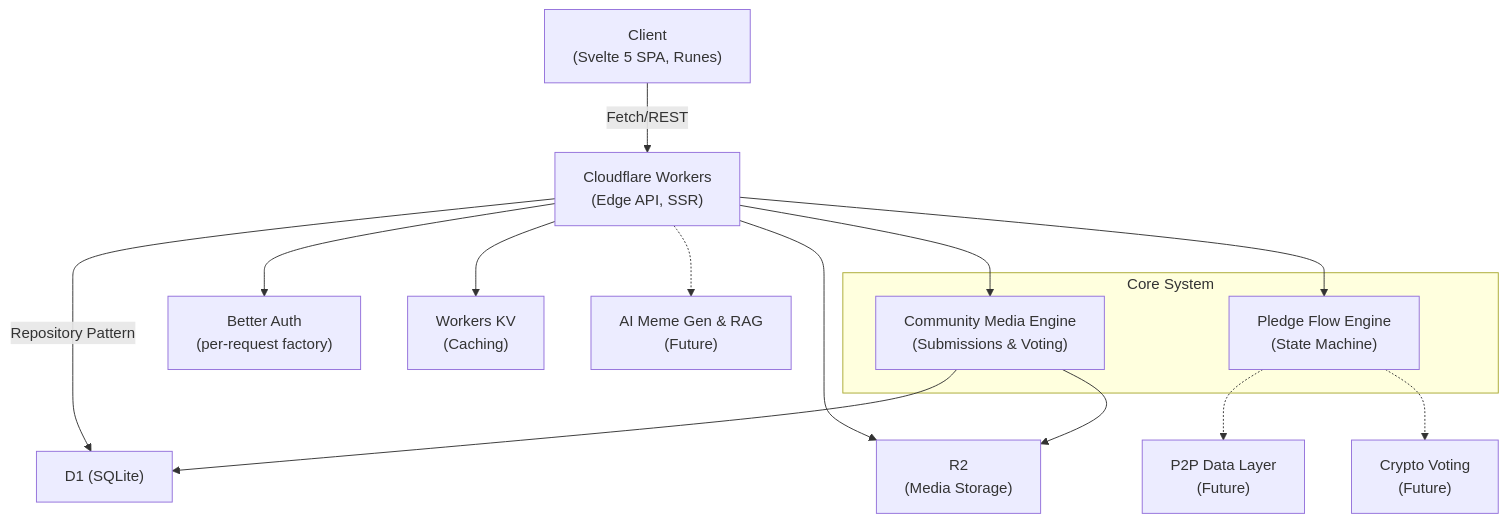
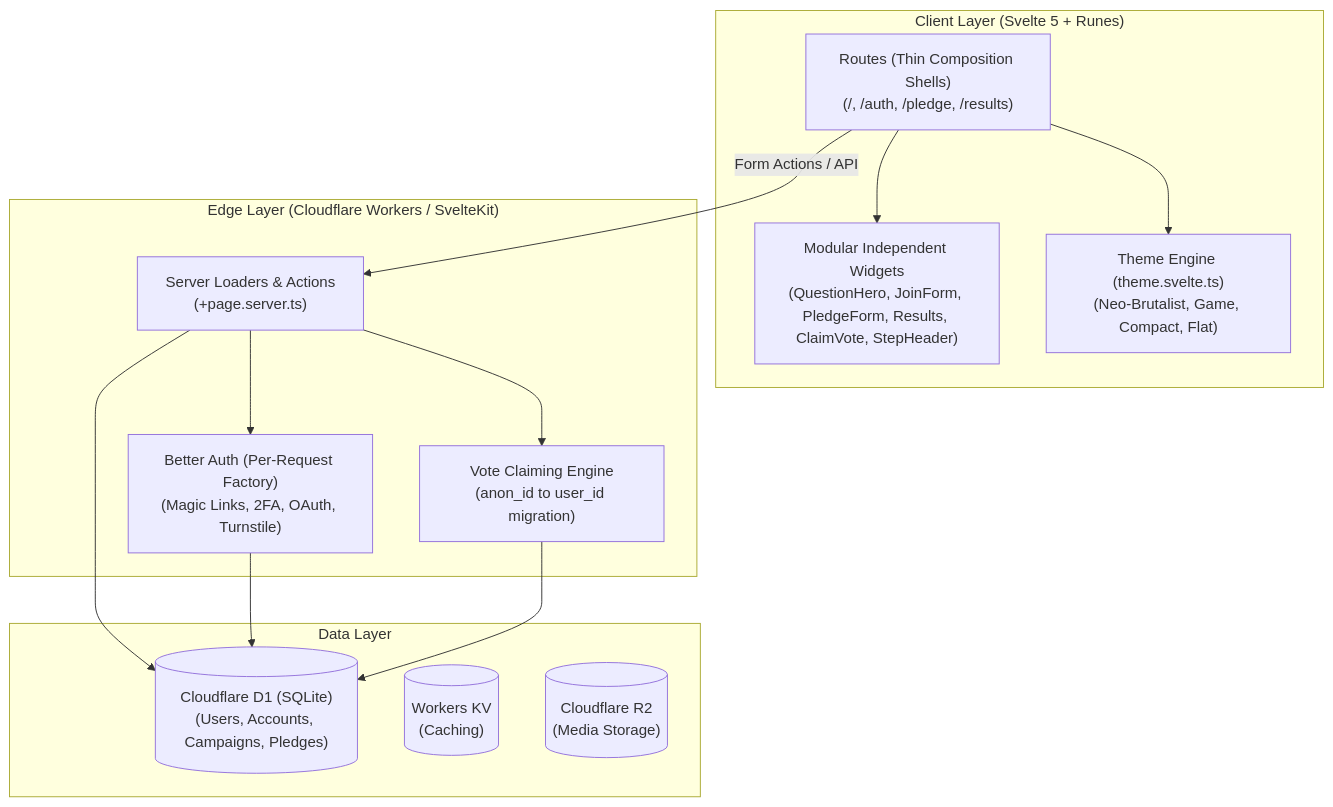
The diagram in docs/architecture/overview.md (xcorat/wedontneednukes), drawn with Mermaid before and after one commit. The commit also changed other lines of this file and 13 other files, not shown here.

First line of the commit message:
docs: synchronize documentation and .ai context with implemented architecture

````diff
--- a/docs/architecture/overview.md
+++ b/docs/architecture/overview.md
@@ -5,21 +5,29 @@
 ```mermaid
 graph TD
-    Client["Client\n(Svelte 5 SPA, Runes)"] -->|Fetch/REST| CF["Cloudflare Workers\n(Edge API, SSR)"]
-    CF -->|Repository Pattern| DB["D1 (SQLite)"]
-    CF --> Auth["Better Auth\n(per-request factory)"]
-    CF --> KV["Workers KV\n(Caching)"]
-    CF --> R2["R2\n(Media Storage)"]
-    
-    subgraph Engine [Core System]
-        PFE["Pledge Flow Engine\n(State Machine)"]
-        CME["Community Media Engine\n(Submissions & Voting)"]
+    subgraph Browser ["Client Layer (Svelte 5 + Runes)"]
+        Routes["Routes (Thin Composition Shells)\n(/, /auth, /pledge, /results)"]
+        Widgets["Modular Independent Widgets\n(QuestionHero, JoinForm, PledgeForm, Results, ClaimVote, StepHeader)"]
+        Theme["Theme Engine (theme.svelte.ts)\n(Neo-Brutalist, Game, Compact, Flat)"]
+        Routes --> Widgets
+        Routes --> Theme
     end
-    
-    CF --> PFE
-    CF --> CME
-    CME --> R2
-    CME --> DB
-    PFE -.-> P2P["P2P Data Layer\n(Future)"]
-    PFE -.-> Crypto["Crypto Voting\n(Future)"]
-    CF -.-> AI["AI Meme Gen & RAG\n(Future)"]
+
+    subgraph Edge ["Edge Layer (Cloudflare Workers / SvelteKit)"]
+        ServerLoaders["Server Loaders & Actions\n(+page.server.ts)"]
+        AuthFactory["Better Auth (Per-Request Factory)\n(Magic Links, 2FA, OAuth, Turnstile)"]
+        ClaimEngine["Vote Claiming Engine\n(anon_id to user_id migration)"]
+        ServerLoaders --> AuthFactory
+        ServerLoaders --> ClaimEngine
+    end
+
+    subgraph Data ["Data Layer"]
+        DB[("Cloudflare D1 (SQLite)\n(Users, Accounts, Campaigns, Pledges)")]
+        KV[("Workers KV\n(Caching)")]
+        R2[("Cloudflare R2\n(Media Storage)")]
+    end
+
+    Routes -->|Form Actions / API| ServerLoaders
+    ServerLoaders --> DB
+    AuthFactory --> DB
+    ClaimEngine --> DB
 ```
````
